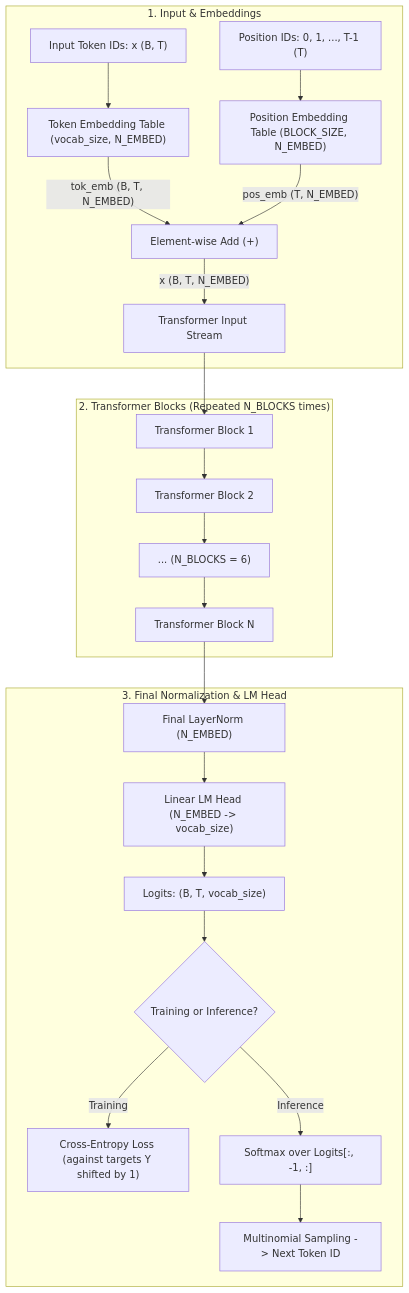
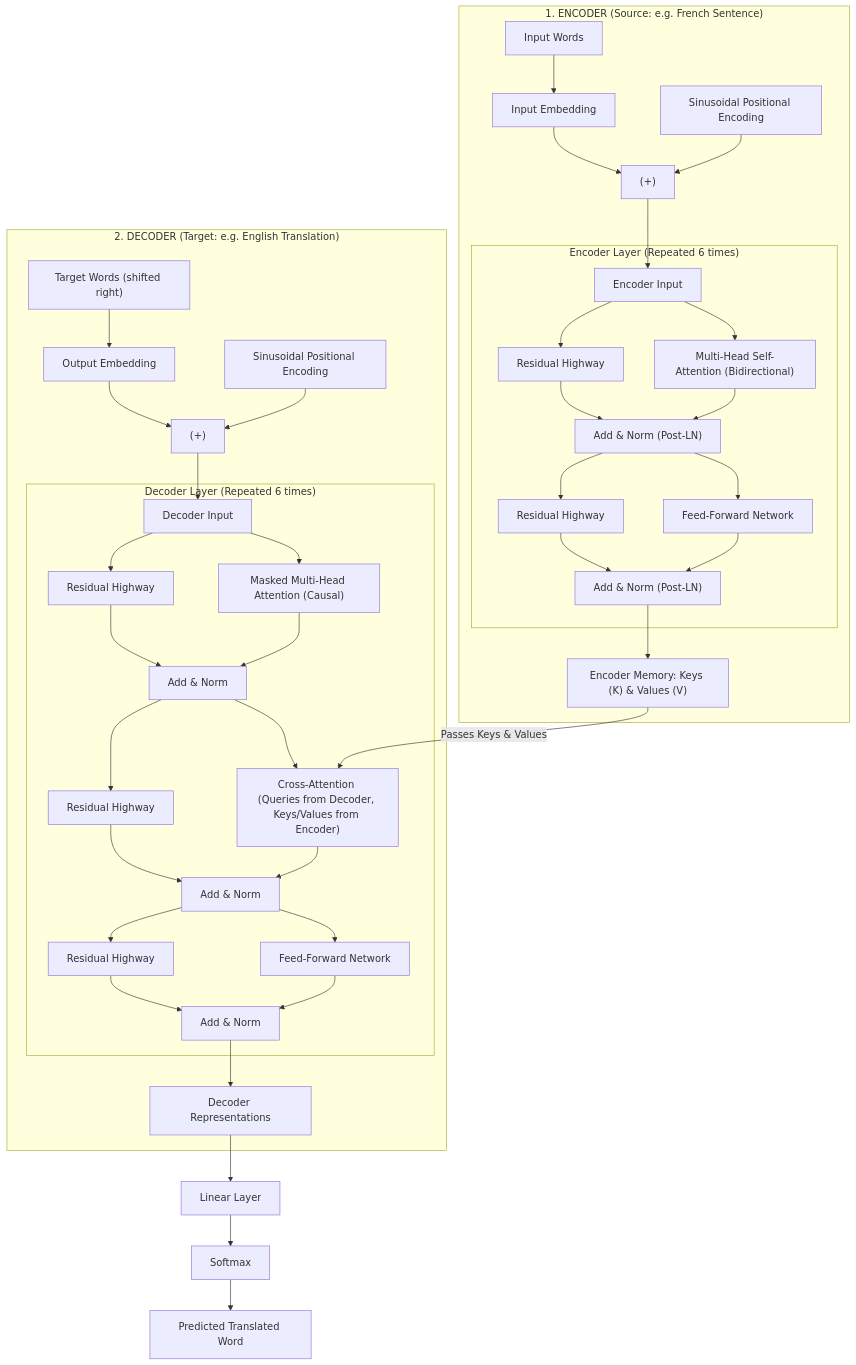
One commit to Bariharsh/GPT-scratch changed the first of 3 diagrams in README.md. Above: the diagram before and after it, drawn with Mermaid. The commit also changed other lines of this file and 1 other file, not shown here.

````diff
--- a/README.md
+++ b/README.md
@@ -48,35 +38,54 @@
 ```mermaid
 flowchart TD
-    subgraph Inputs["1. Input & Embeddings"]
-        InTokens["Input Token IDs: x (B, T)"]
-        InPositions["Position IDs: 0, 1, ..., T-1 (T)"]
-        
-        TokEmbTable["Token Embedding Table (vocab_size, N_EMBED)"]
-        PosEmbTable["Position Embedding Table (BLOCK_SIZE, N_EMBED)"]
-        
-        InTokens --> TokEmbTable
-        InPositions --> PosEmbTable
-        
-        TokEmbTable -->|"tok_emb (B, T, N_EMBED)"| AddEmb["Element-wise Add (+)"]
-        PosEmbTable -->|"pos_emb (T, N_EMBED)"| AddEmb
-        AddEmb -->|"x (B, T, N_EMBED)"| BlocksInput["Transformer Input Stream"]
+    subgraph Encoder["1. ENCODER (Source: e.g. French Sentence)"]
+        InTokens["Input Words"] --> InEmbed["Input Embedding"]
+        InPos["Sinusoidal Positional Encoding"] --> InAdd["(+)"]
+        InEmbed --> InAdd
+        InAdd --> EncLayerIn["Encoder Input"]
+
+        subgraph EncBlock["Encoder Layer (Repeated 6 times)"]
+            EncLayerIn --> EncMHA["Multi-Head Self-Attention (Bidirectional)"]
+            EncLayerIn --> EncSkip1["Residual Highway"]
+            EncMHA --> EncAddNorm1["Add & Norm (Post-LN)"]
+            EncSkip1 --> EncAddNorm1
+            
+            EncAddNorm1 --> EncFFN["Feed-Forward Network"]
+            EncAddNorm1 --> EncSkip2["Residual Highway"]
+            EncFFN --> EncAddNorm2["Add & Norm (Post-LN)"]
+            EncSkip2 --> EncAddNorm2
+        end
+
+        EncAddNorm2 --> EncOut["Encoder Memory: Keys (K) & Values (V)"]
     end
 
-    subgraph BlocksStack["2. Transformer Blocks (Repeated N_BLOCKS times)"]
-        BlocksInput --> Block1["Transformer Block 1"]
-        Block1 --> Block2["Transformer Block 2"]
-        Block2 --> BlockDots["... (N_BLOCKS = 6)"]
-        BlockDots --> BlockN["Transformer Block N"]
+    subgraph Decoder["2. DECODER (Target: e.g. English Translation)"]
+        OutTokens["Target Words (shifted right)"] --> OutEmbed["Output Embedding"]
+        OutPos["Sinusoidal Positional Encoding"] --> OutAdd["(+)"]
+        OutEmbed --> OutAdd
+        OutAdd --> DecLayerIn["Decoder Input"]
+
+        subgraph DecBlock["Decoder Layer (Repeated 6 times)"]
+            DecLayerIn --> DecMaskedMHA["Masked Multi-Head Attention (Causal)"]
+            DecLayerIn --> DecSkip1["Residual Highway"]
+            DecMaskedMHA --> DecAddNorm1["Add & Norm"]
+            DecSkip1 --> DecAddNorm1
+
+            DecAddNorm1 --> DecCrossMHA["Cross-Attention (Queries from Decoder, Keys/Values from Encoder)"]
+            DecAddNorm1 --> DecSkip2["Residual Highway"]
+            DecCrossMHA --> DecAddNorm2["Add & Norm"]
+            DecSkip2 --> DecAddNorm2
+
+            DecAddNorm2 --> DecFFN["Feed-Forward Network"]
+            DecAddNorm2 --> DecSkip3["Residual Highway"]
+            DecFFN --> DecAddNorm3["Add & Norm"]
+            DecSkip3 --> DecAddNorm3
+        end
+
+        DecAddNorm3 --> DecOut["Decoder Representations"]
     end
 
-    subgraph Head["3. Final Normalization & LM Head"]
-        BlockN --> FinalLN["Final LayerNorm (N_EMBED)"]
-        FinalLN --> LMHeadLinear["Linear LM Head (N_EMBED -> vocab_size)"]
-        LMHeadLinear --> Logits["Logits: (B, T, vocab_size)"]
-        
-        Logits --> ModeSwitch{"Training or Inference?"}
-        ModeSwitch -->|"Training"| Loss["Cross-Entropy Loss (against targets Y shifted by 1)"]
-        ModeSwitch -->|"Inference"| Softmax["Softmax over Logits[:, -1, :]"]
-        Softmax --> Sample["Multinomial Sampling -> Next Token ID"]
-    end
+    EncOut -->|"Passes Keys & Values"| DecCrossMHA
+    DecOut --> FinalLinear["Linear Layer"]
+    FinalLinear --> FinalSoftmax["Softmax"]
+    FinalSoftmax --> OutProbs["Predicted Translated Word"]
 ```
````
